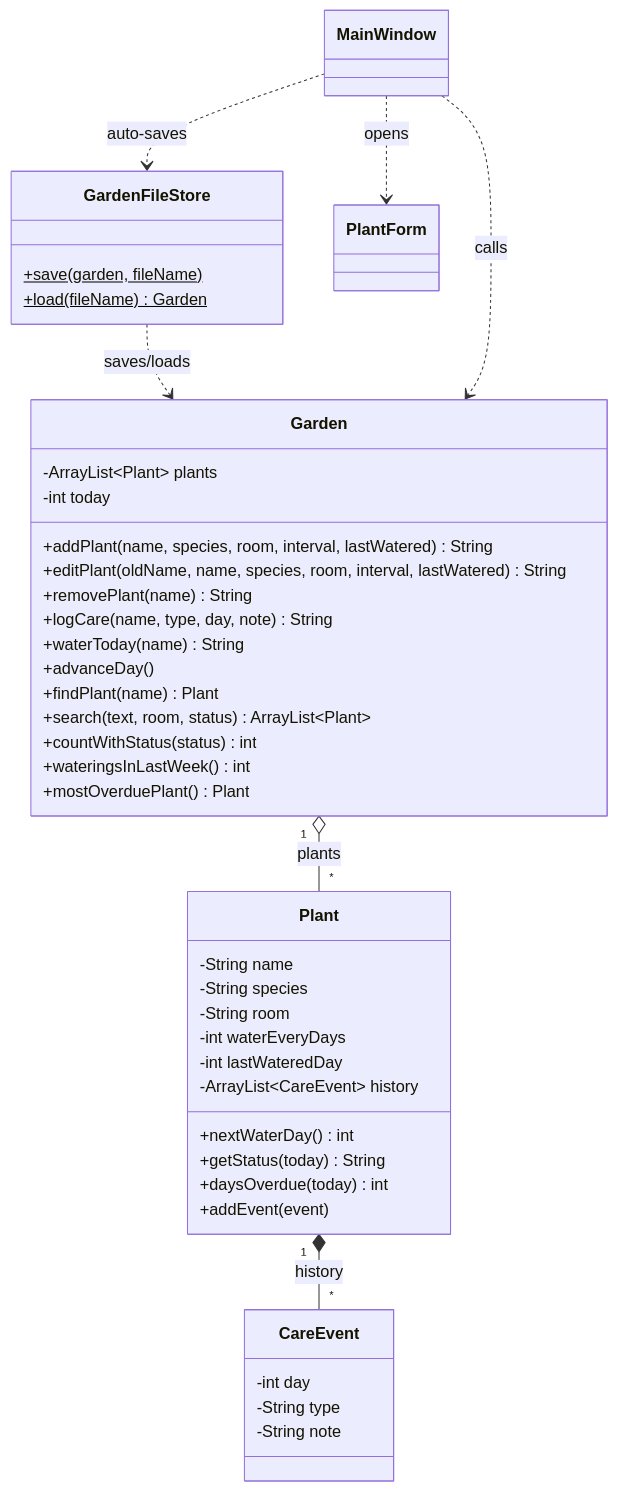
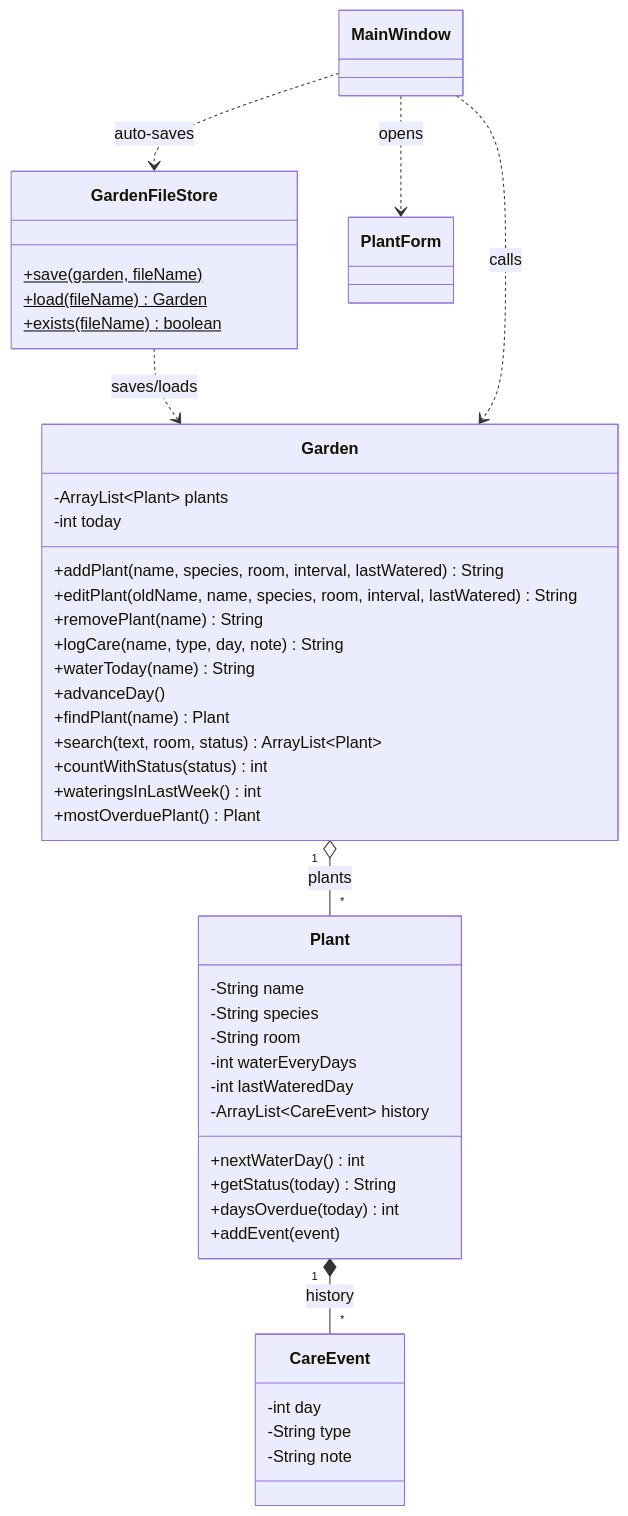
Before and after one commit to cassmbautista/csc110-example-sprout: the diagram in docs/03-class-design.md, drawn with Mermaid. The commit also changed other lines of this file and 7 other files, not shown here.

````diff
--- a/docs/03-class-design.md
+++ b/docs/03-class-design.md
@@ -10,47 +10,48 @@
 ```mermaid
 classDiagram
     class Garden {
         -ArrayList~Plant~ plants
         -int today
         +addPlant(name, species, room, interval, lastWatered) String
         +editPlant(oldName, name, species, room, interval, lastWatered) String
         +removePlant(name) String
         +logCare(name, type, day, note) String
         +waterToday(name) String
         +advanceDay()
         +findPlant(name) Plant
         +search(text, room, status) ArrayList~Plant~
         +countWithStatus(status) int
         +wateringsInLastWeek() int
         +mostOverduePlant() Plant
     }
     class Plant {
         -String name
         -String species
         -String room
         -int waterEveryDays
         -int lastWateredDay
         -ArrayList~CareEvent~ history
         +nextWaterDay() int
         +getStatus(today) String
         +daysOverdue(today) int
         +addEvent(event)
     }
     class CareEvent {
         -int day
         -String type
         -String note
     }
     class GardenFileStore {
         +save(garden, fileName)$
         +load(fileName)$ Garden
+        +exists(fileName)$ boolean
     }
     class MainWindow
     class PlantForm
     Garden "1" o-- "*" Plant : plants
     Plant "1" *-- "*" CareEvent : history
     GardenFileStore ..> Garden : saves/loads
     MainWindow ..> Garden : calls
     MainWindow ..> GardenFileStore : auto-saves
     MainWindow ..> PlantForm : opens
 ```
````
